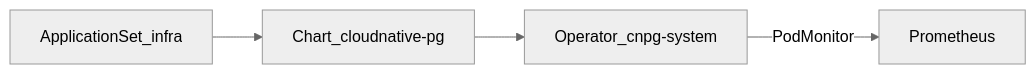
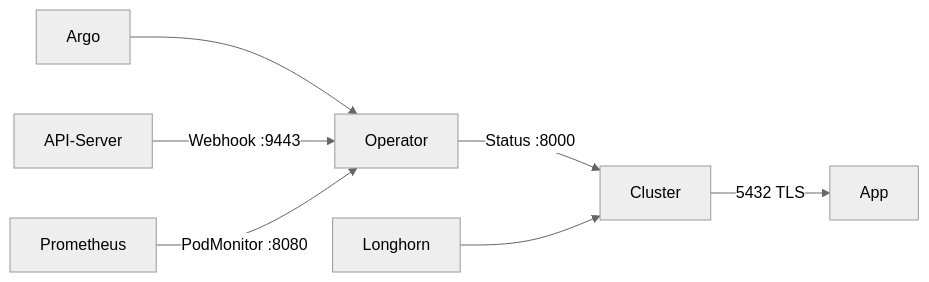
Before and after one commit to HenryHST/minilab: the diagram in docs/bookstack/books/cloudnative-pg/01-uebersicht.md, drawn with Mermaid (neutral theme). The commit also changed other lines of this file and 35 other files, not shown here.

````diff
--- a/docs/bookstack/books/cloudnative-pg/01-uebersicht.md
+++ b/docs/bookstack/books/cloudnative-pg/01-uebersicht.md
@@ -10,6 +14,9 @@
 ```mermaid
 flowchart LR
-  Argo[ApplicationSet_infra] --> Helm[Chart_cloudnative-pg]
-  Helm --> Op[Operator_cnpg-system]
-  Op -->|PodMonitor| Prom[Prometheus]
+  Argo --> Operator
+  API[API-Server] -->|Webhook :9443| Operator
+  Prom[Prometheus] -->|PodMonitor :8080| Operator
+  Operator -->|Status :8000| Cluster
+  Longhorn --> Cluster
+  Cluster -->|5432 TLS| App
 ```
````
